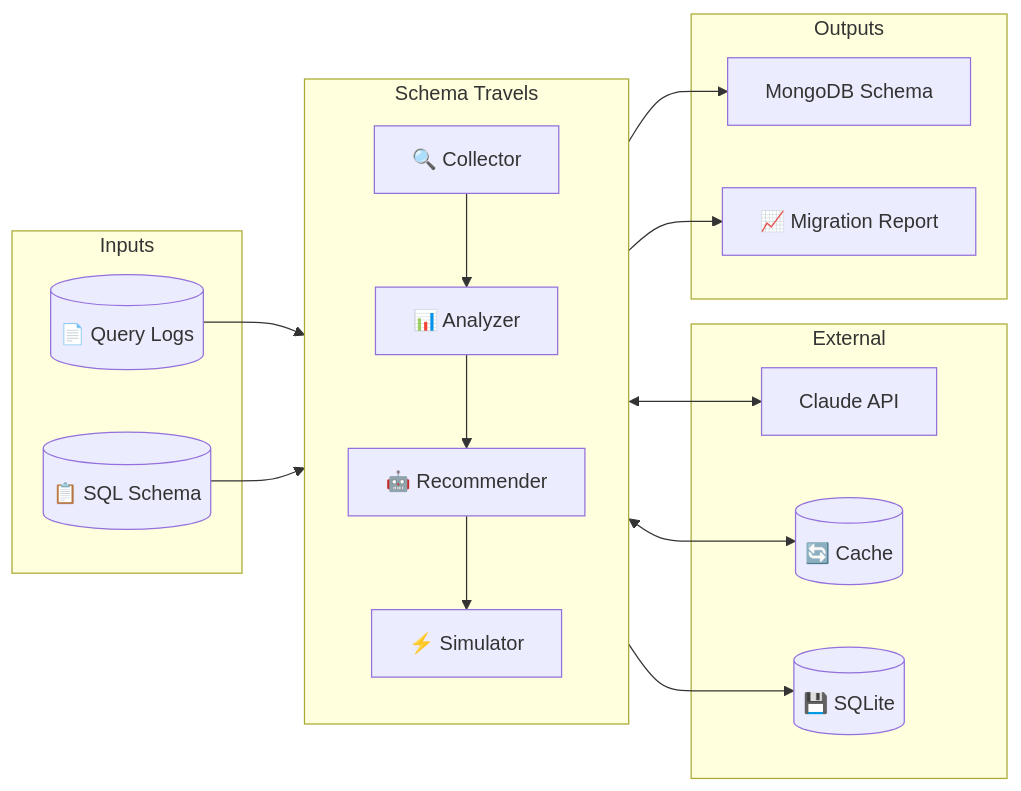
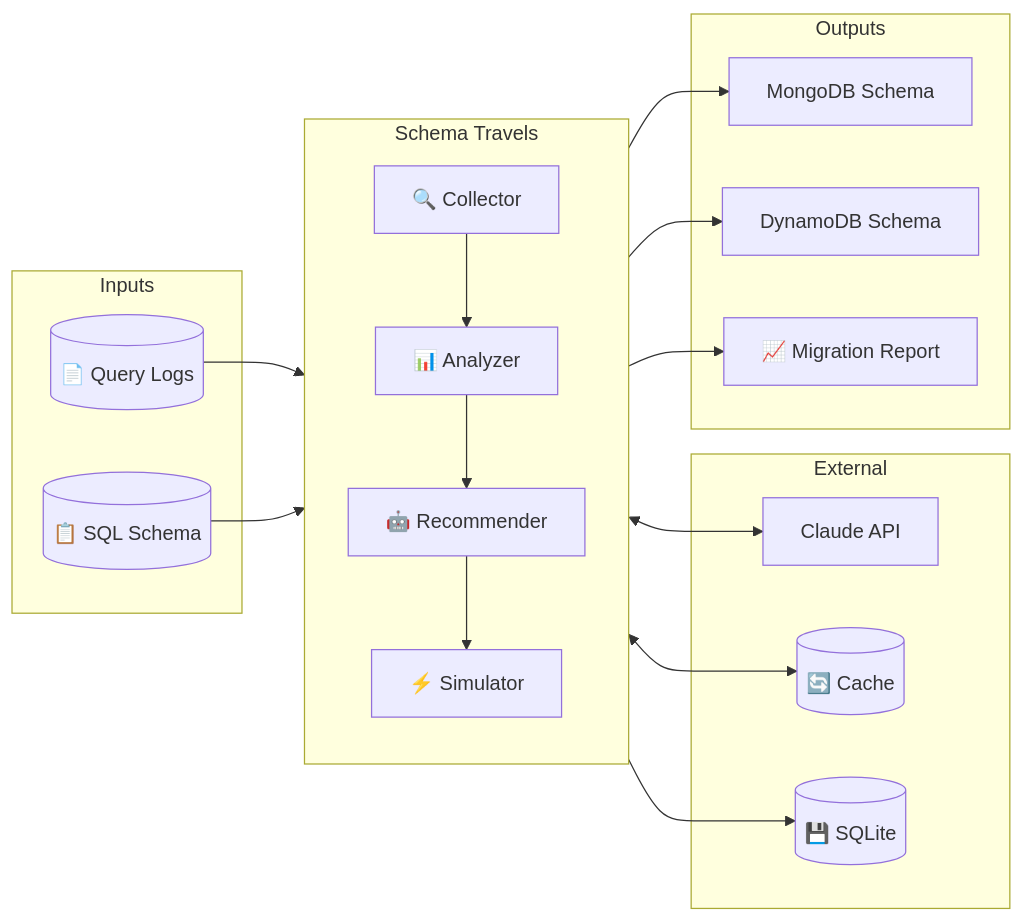
The first of 6 diagrams in ARCHITECTURE.md (kraghavan/schema-travels), drawn with Mermaid before and after one commit. The commit also changed other lines of this file, not shown here.

````diff
--- a/ARCHITECTURE.md
+++ b/ARCHITECTURE.md
@@ -5,38 +5,40 @@
 ```mermaid
 flowchart LR
     subgraph Inputs
         LOGS[("📄 Query Logs")]
         SCHEMA[("📋 SQL Schema")]
     end
 
     subgraph Core["Schema Travels"]
         direction TB
         C["🔍 Collector"]
         A["📊 Analyzer"]
         R["🤖 Recommender"]
         S["⚡ Simulator"]
         
         C --> A
         A --> R
         R --> S
     end
 
     subgraph External
         CLAUDE["Claude API"]
         CACHE[("🔄 Cache")]
         DB[("💾 SQLite")]
     end
 
     subgraph Outputs
         MONGO["MongoDB Schema"]
+        DYNAMO["DynamoDB Schema"]
         REPORT["📈 Migration Report"]
     end
 
     LOGS --> C
     SCHEMA --> C
     R <--> CLAUDE
     R <--> CACHE
     Core --> DB
     S --> REPORT
     R --> MONGO
+    R --> DYNAMO
 ```
````
